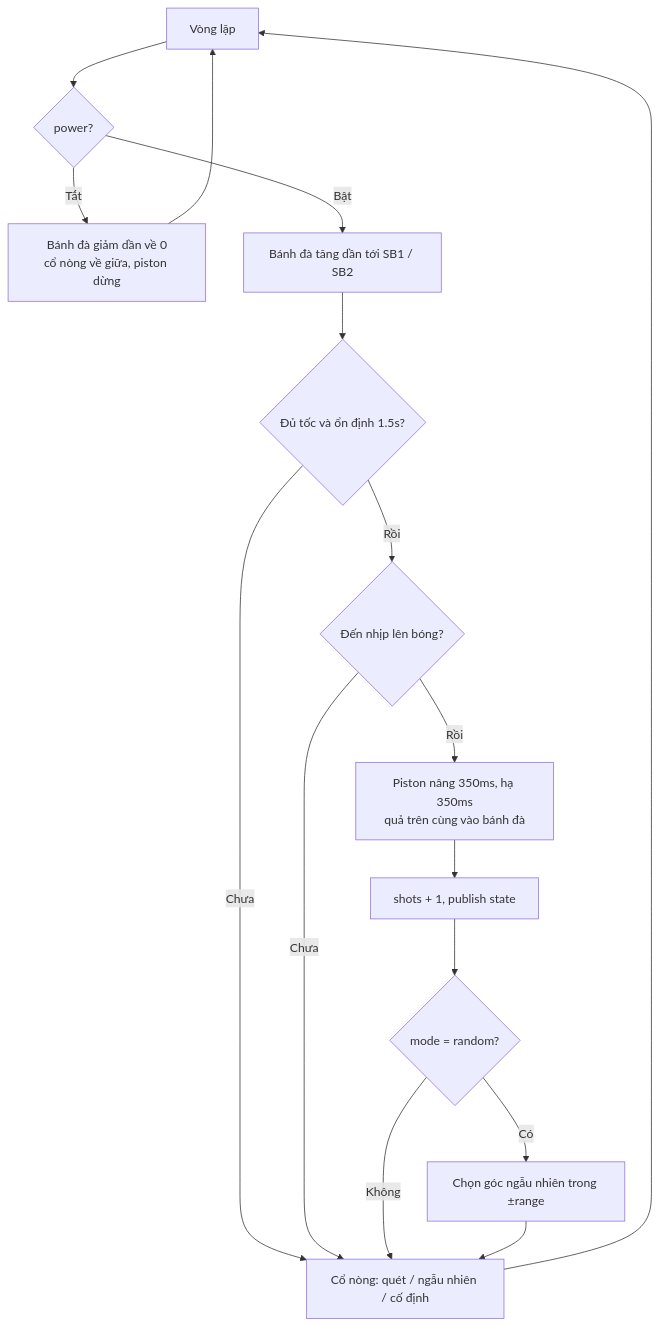
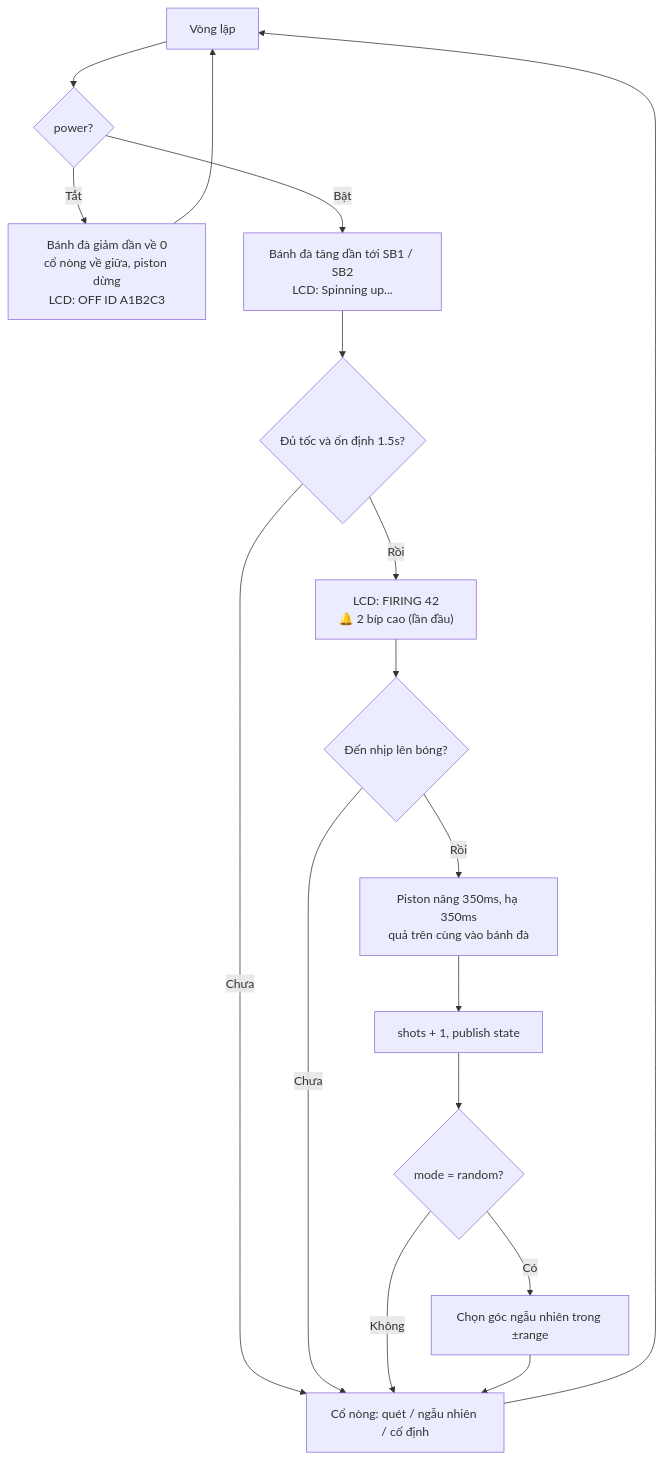
One commit to CoderFake/PingPongLauncher changed the third of 5 diagrams in docs/diagrams.md. Above: the diagram before and after it, drawn with Mermaid. The commit also changed other lines of this file, not shown here.

First line of the commit message:
Update diagrams with LCD, buzzer feedback and OTA flow

````diff
--- a/docs/diagrams.md
+++ b/docs/diagrams.md
@@ -69,18 +76,19 @@
 ```mermaid
 flowchart TD
   L["Vòng lặp"] --> PWR{"power?"}
-  PWR -- Tắt --> OFF["Bánh đà giảm dần về 0<br/>cổ nòng về giữa, piston dừng"]
+  PWR -- Tắt --> OFF["Bánh đà giảm dần về 0<br/>cổ nòng về giữa, piston dừng<br/>LCD: OFF ID A1B2C3"]
   OFF --> L
-  PWR -- Bật --> RAMP["Bánh đà tăng dần tới SB1 / SB2"]
+  PWR -- Bật --> RAMP["Bánh đà tăng dần tới SB1 / SB2<br/>LCD: Spinning up..."]
   RAMP --> RDY{"Đủ tốc và ổn định 1.5s?"}
   RDY -- Chưa --> AIM
-  RDY -- Rồi --> FEED{"Đến nhịp lên bóng?"}
+  RDY -- Rồi --> FIRE["LCD: FIRING 42<br/>🔔 2 bíp cao (lần đầu)"]
+  FIRE --> FEED{"Đến nhịp lên bóng?"}
   FEED -- Chưa --> AIM
   FEED -- Rồi --> SHOT["Piston nâng 350ms, hạ 350ms<br/>quả trên cùng vào bánh đà"]
   SHOT --> CNT["shots + 1, publish state"]
   CNT --> RND{"mode = random?"}
   RND -- Có --> NEWT["Chọn góc ngẫu nhiên trong ±range"]
   RND -- Không --> AIM
   NEWT --> AIM["Cổ nòng: quét / ngẫu nhiên / cố định"]
   AIM --> L
 ```
````
